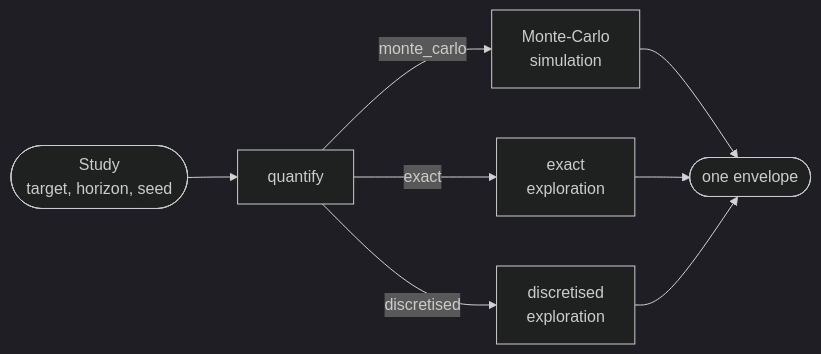
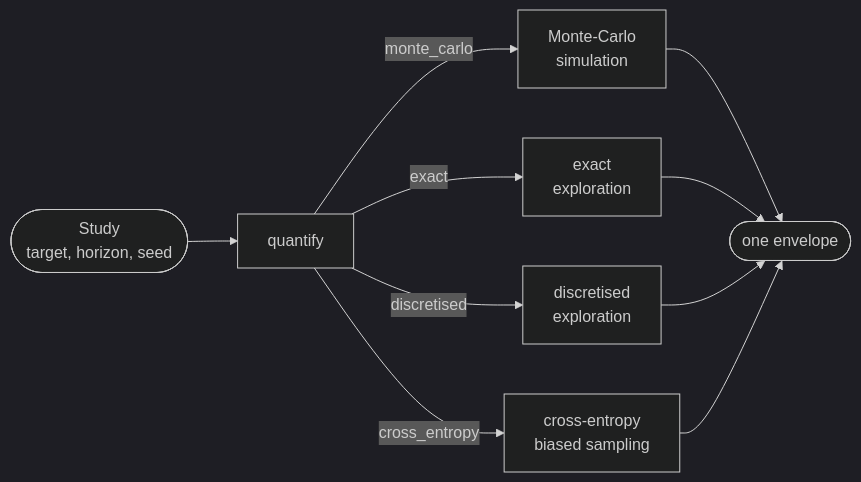
One commit to edgemind-sas/cod3s-raichu changed the diagram in docs/guides/quantification.md. Above: the diagram before and after it, drawn with Mermaid (dark theme). The commit also changed other lines of this file and 28 other files, not shown here.

````diff
--- a/docs/guides/quantification.md
+++ b/docs/guides/quantification.md
@@ -16,10 +17,12 @@
 ```mermaid
 flowchart LR
     ST(["Study<br/>target, horizon, seed"]) --> Q["quantify"]
     Q -->|monte_carlo| MC["Monte-Carlo<br/>simulation"]
     Q -->|exact| EX["exact<br/>exploration"]
     Q -->|discretised| DI["discretised<br/>exploration"]
+    Q -->|cross_entropy| CE["cross-entropy<br/>biased sampling"]
     MC --> ENV(["one envelope"])
     EX --> ENV
     DI --> ENV
+    CE --> ENV
 ```
````
